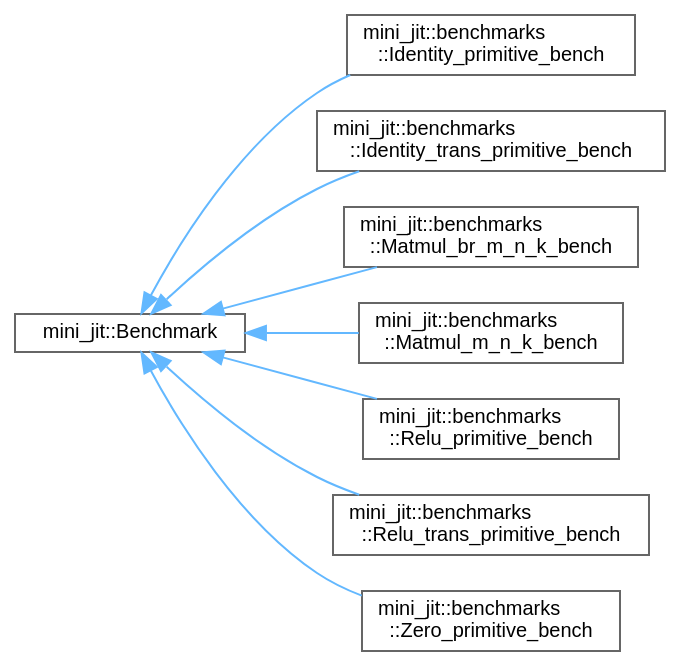
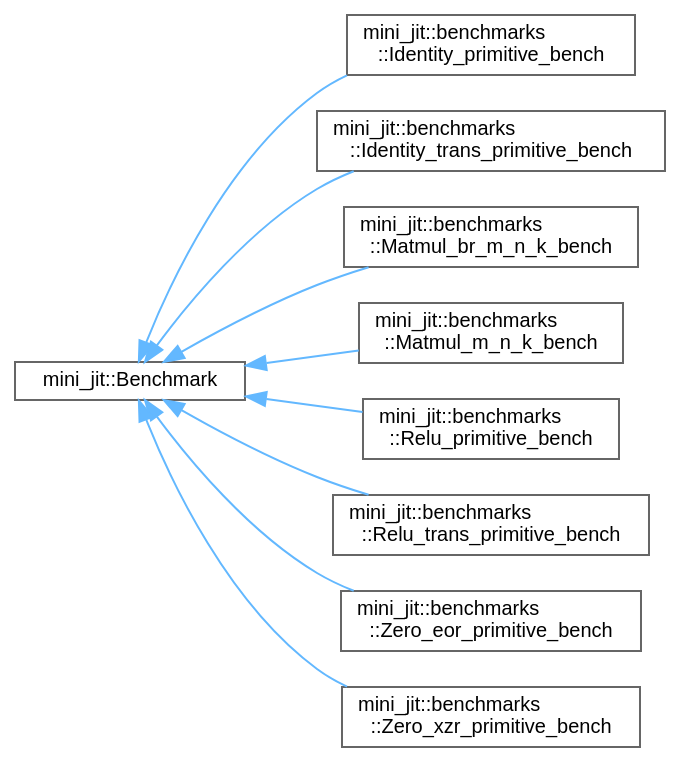
Before and after one commit to Shad00Z/machine-learning-compilers: the diagram in inherit_graph_0.dot, drawn with Graphviz. The commit also changed 36 other files, not shown here.

```diff
--- a/inherit_graph_0.dot
+++ b/inherit_graph_0.dot
@@ -1,23 +1,25 @@
 digraph "Graphical Class Hierarchy"
 {
  // LATEX_PDF_SIZE
   bgcolor="transparent";
   edge [fontname=Helvetica,fontsize=10,labelfontname=Helvetica,labelfontsize=10];
   node [fontname=Helvetica,fontsize=10,shape=box,height=0.2,width=0.4];
   rankdir="LR";
   Node0 [id="Node000000",label="mini_jit::Benchmark",height=0.2,width=0.4,color="grey40", fillcolor="white", style="filled",URL="$classmini__jit_1_1Benchmark.html",tooltip=" "];
   Node0 -> Node1 [id="edge1_Node000000_Node000001",dir="back",color="steelblue1",style="solid",tooltip=" "];
   Node1 [id="Node000001",label="mini_jit::benchmarks\l::Identity_primitive_bench",height=0.2,width=0.4,color="grey40", fillcolor="white", style="filled",URL="$classmini__jit_1_1benchmarks_1_1Identity__primitive__bench.html",tooltip=" "];
   Node0 -> Node2 [id="edge2_Node000000_Node000002",dir="back",color="steelblue1",style="solid",tooltip=" "];
   Node2 [id="Node000002",label="mini_jit::benchmarks\l::Identity_trans_primitive_bench",height=0.2,width=0.4,color="grey40", fillcolor="white", style="filled",URL="$classmini__jit_1_1benchmarks_1_1Identity__trans__primitive__bench.html",tooltip=" "];
   Node0 -> Node3 [id="edge3_Node000000_Node000003",dir="back",color="steelblue1",style="solid",tooltip=" "];
   Node3 [id="Node000003",label="mini_jit::benchmarks\l::Matmul_br_m_n_k_bench",height=0.2,width=0.4,color="grey40", fillcolor="white", style="filled",URL="$classmini__jit_1_1benchmarks_1_1Matmul__br__m__n__k__bench.html",tooltip="Benchmark for matrix multiplication using BRGEMM."];
   Node0 -> Node4 [id="edge4_Node000000_Node000004",dir="back",color="steelblue1",style="solid",tooltip=" "];
   Node4 [id="Node000004",label="mini_jit::benchmarks\l::Matmul_m_n_k_bench",height=0.2,width=0.4,color="grey40", fillcolor="white", style="filled",URL="$classmini__jit_1_1benchmarks_1_1Matmul__m__n__k__bench.html",tooltip=" "];
   Node0 -> Node5 [id="edge5_Node000000_Node000005",dir="back",color="steelblue1",style="solid",tooltip=" "];
   Node5 [id="Node000005",label="mini_jit::benchmarks\l::Relu_primitive_bench",height=0.2,width=0.4,color="grey40", fillcolor="white", style="filled",URL="$classmini__jit_1_1benchmarks_1_1Relu__primitive__bench.html",tooltip=" "];
   Node0 -> Node6 [id="edge6_Node000000_Node000006",dir="back",color="steelblue1",style="solid",tooltip=" "];
   Node6 [id="Node000006",label="mini_jit::benchmarks\l::Relu_trans_primitive_bench",height=0.2,width=0.4,color="grey40", fillcolor="white", style="filled",URL="$classmini__jit_1_1benchmarks_1_1Relu__trans__primitive__bench.html",tooltip=" "];
   Node0 -> Node7 [id="edge7_Node000000_Node000007",dir="back",color="steelblue1",style="solid",tooltip=" "];
-  Node7 [id="Node000007",label="mini_jit::benchmarks\l::Zero_primitive_bench",height=0.2,width=0.4,color="grey40", fillcolor="white", style="filled",URL="$classmini__jit_1_1benchmarks_1_1Zero__primitive__bench.html",tooltip=" "];
+  Node7 [id="Node000007",label="mini_jit::benchmarks\l::Zero_eor_primitive_bench",height=0.2,width=0.4,color="grey40", fillcolor="white", style="filled",URL="$classmini__jit_1_1benchmarks_1_1Zero__eor__primitive__bench.html",tooltip=" "];
+  Node0 -> Node8 [id="edge8_Node000000_Node000008",dir="back",color="steelblue1",style="solid",tooltip=" "];
+  Node8 [id="Node000008",label="mini_jit::benchmarks\l::Zero_xzr_primitive_bench",height=0.2,width=0.4,color="grey40", fillcolor="white", style="filled",URL="$classmini__jit_1_1benchmarks_1_1Zero__xzr__primitive__bench.html",tooltip=" "];
 }
```
